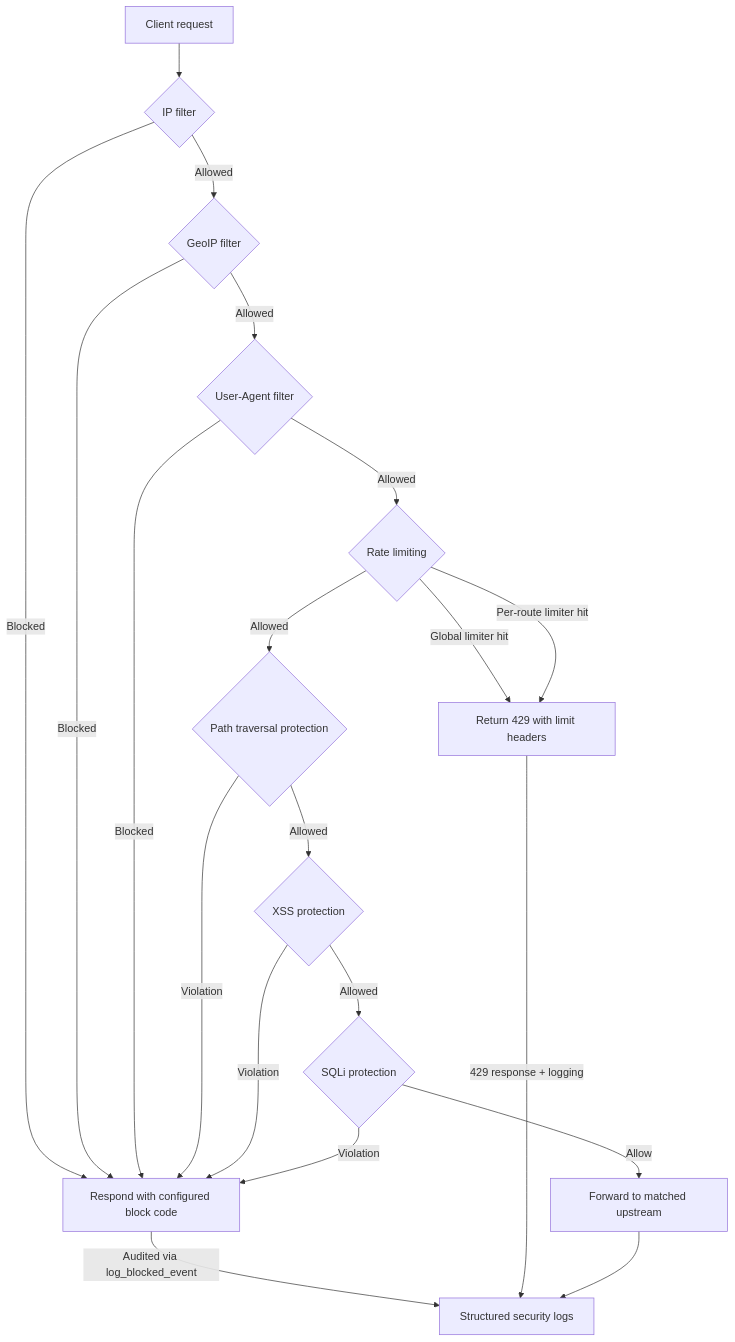
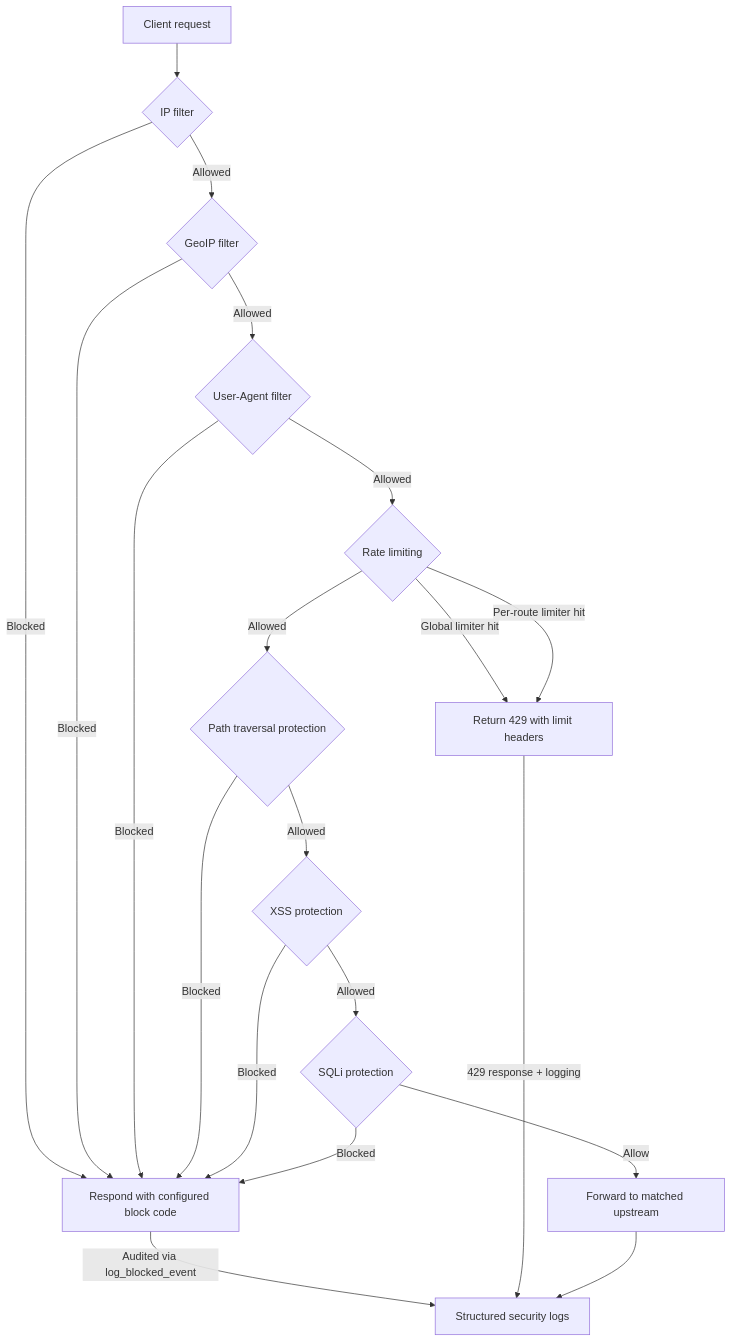
The second of 2 diagrams in README.md (siteslave/nurada-waf), drawn with Mermaid before and after one commit.

Commit message:
Update WAF flowchart to clarify blocking actions for security protections

````diff
--- a/README.md
+++ b/README.md
@@ -62,22 +62,22 @@
 ```mermaid
 flowchart TD
   A[Client request] --> B{IP filter}
   B -->|Blocked| Z1[Respond with configured block code]
   B -->|Allowed| G1{GeoIP filter}
   G1 -->|Blocked| Z1
   G1 -->|Allowed| C{User-Agent filter}
   C -->|Blocked| Z1
   C -->|Allowed| D{Rate limiting}
   D -->|Global limiter hit| Z2[Return 429 with limit headers]
   D -->|Per-route limiter hit| Z2
   D -->|Allowed| E{Path traversal protection}
-  E -->|Violation| Z1
+  E -->|Blocked| Z1
   E -->|Allowed| F{XSS protection}
-  F -->|Violation| Z1
+  F -->|Blocked| Z1
   F -->|Allowed| G{SQLi protection}
-  G -->|Violation| Z1
+  G -->|Blocked| Z1
   G -->|Allow| H[Forward to matched upstream]
   Z1 -->|Audited via log_blocked_event| I[Structured security logs]
   Z2 -->|429 response + logging| I
   H --> I
 ```
````
